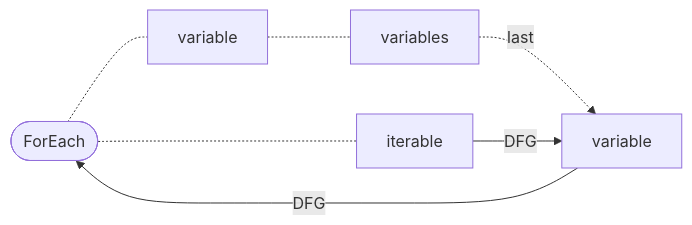
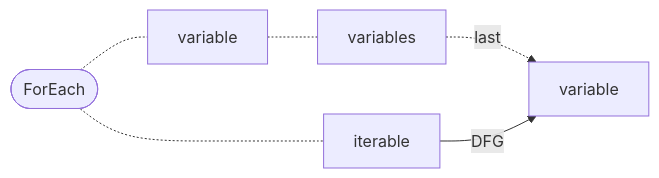
Diagram 30 of 35 in docs/docs/CPG/specs/dfg.md (Fraunhofer-AISEC/cpg), drawn with Mermaid before and after one commit. The commit also changed other lines of this file and 3 other files, not shown here.

````diff
--- a/docs/docs/CPG/specs/dfg.md
+++ b/docs/docs/CPG/specs/dfg.md
@@ -592,9 +592,8 @@
 ```mermaid
   flowchart LR
     node([ForEach]) -.- statement[variable]
     node -.- iterable[iterable]
     statement -.- localVars[variables]
     localVars -. "last" .-> variable
     iterable -- DFG --> variable
-    variable -- DFG --> node
 ```
````
